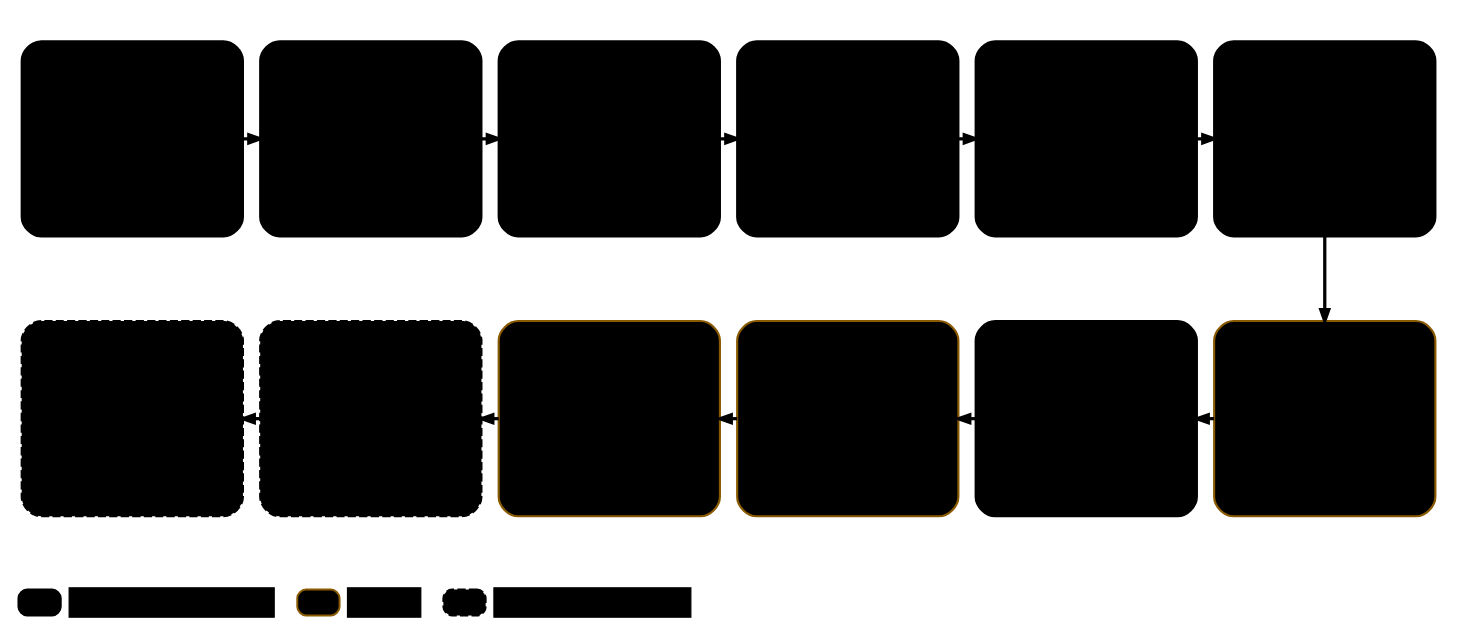
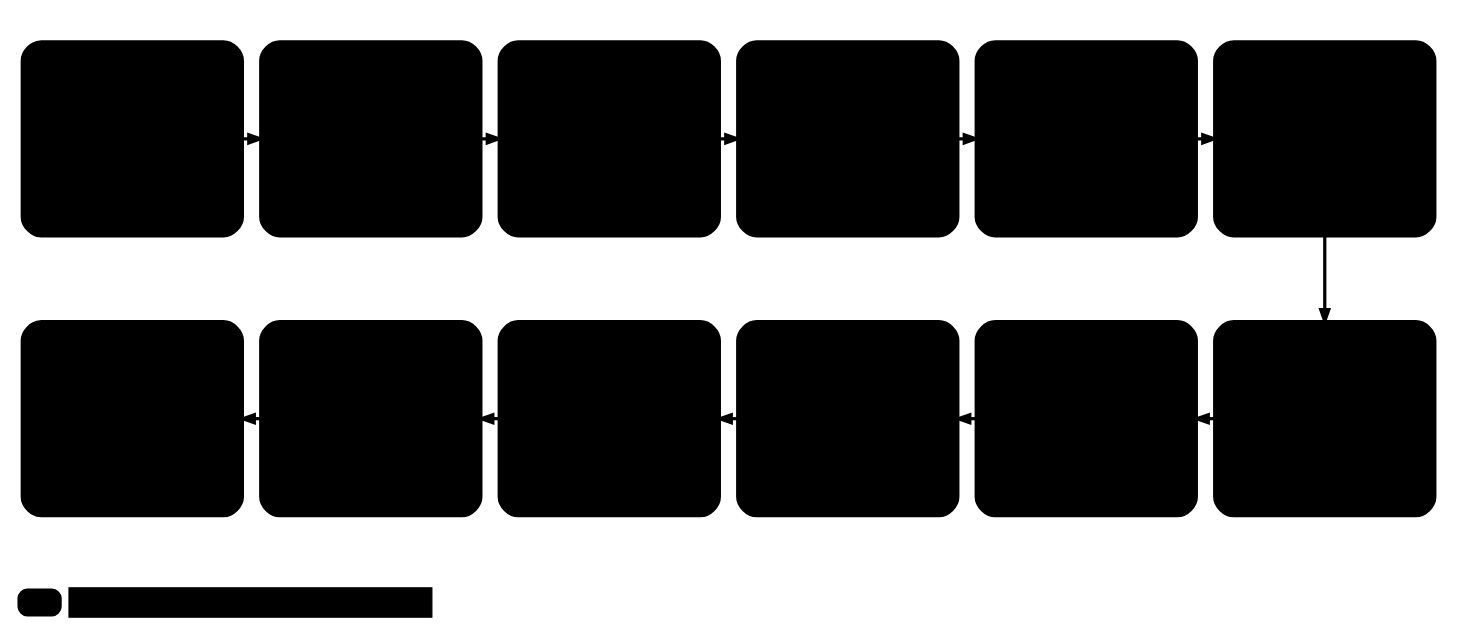
The diagram in docs/deliverables/src/decks/figures/holistic_value_chain.dot (IortaTexhNXT-DEV/FinVerse), drawn with Graphviz before and after one commit. The commit also changed 70 other files, not shown here.

```diff
--- a/docs/deliverables/src/decks/figures/holistic_value_chain.dot
+++ b/docs/deliverables/src/decks/figures/holistic_value_chain.dot
@@ -1,39 +1,35 @@
-// From client to claims: the stage, the BDOI owner and the BIBS module (status in brackets)
+// From client to claims: the stage, the BDOI owner and the To-Be of the BRDs
 // Generated by docs/deliverables/src/decks/build_process_deck.py from the YAML in
 // process_deck/; edit the YAML and rebuild. Colour tokens are replaced at render time.
 digraph holistic_value_chain {
   graph [layout=neato, inputscale=72, splines=line, overlap=true, outputorder=nodesfirst, bgcolor="white", pad=0.05, fontname="Arial"];
   node [fontname="Arial"];
   edge [fontname="Arial"];
   c0 [pos="0,0!", shape=point, width=0.01, style=invis];
   c1 [pos="873.0,372.0!", shape=point, width=0.01, style=invis];
-  v0 [pos="70.0,298.0!", shape=box, style="rounded,filled", fillcolor="@SUCCESS_BG", color="@SUCCESS", penwidth=1.3, width=1.889, height=1.667, fixedsize=true, margin="0.03,0.02", label=<<font point-size="13" color="@NEAR_BLACK"><b>1 Client</b></font><br/><font point-size="12" color="@MUTED">Marketing AO<br/>BIBS: Clients,<br/>Screening<br/>(Built / designed)</font>>];
-  v1 [pos="216.6,298.0!", shape=box, style="rounded,filled", fillcolor="@SUCCESS_BG", color="@SUCCESS", penwidth=1.3, width=1.889, height=1.667, fixedsize=true, margin="0.03,0.02", label=<<font point-size="13" color="@NEAR_BLACK"><b>2 Quotation</b></font><br/><font point-size="12" color="@MUTED">Marketing, TSU<br/>BIBS: Quotations,<br/>PRF, Products<br/>(Built)</font>>];
-  v2 [pos="363.2,298.0!", shape=box, style="rounded,filled", fillcolor="@SUCCESS_BG", color="@SUCCESS", penwidth=1.3, width=1.889, height=1.667, fixedsize=true, margin="0.03,0.02", label=<<font point-size="13" color="@NEAR_BLACK"><b>3 Placement</b></font><br/><font point-size="12" color="@MUTED">Processing<br/>BIBS: Placement<br/>(Built)</font>>];
-  v3 [pos="509.8,298.0!", shape=box, style="rounded,filled", fillcolor="@SUCCESS_BG", color="@SUCCESS", penwidth=1.3, width=1.889, height=1.667, fixedsize=true, margin="0.03,0.02", label=<<font point-size="13" color="@NEAR_BLACK"><b>4 Issuance</b></font><br/><font point-size="12" color="@MUTED">Processing, E-policy<br/>Sender<br/>BIBS: Issuance<br/>(Built)</font>>];
-  v4 [pos="656.4,298.0!", shape=box, style="rounded,filled", fillcolor="@SUCCESS_BG", color="@SUCCESS", penwidth=1.3, width=1.889, height=1.667, fixedsize=true, margin="0.03,0.02", label=<<font point-size="13" color="@NEAR_BLACK"><b>5 Booking</b></font><br/><font point-size="12" color="@MUTED">Processing,<br/>Comptrollership<br/>BIBS: Booking<br/>(Built)</font>>];
-  v5 [pos="803.0,298.0!", shape=box, style="rounded,filled", fillcolor="@SUCCESS_BG", color="@SUCCESS", penwidth=1.3, width=1.889, height=1.667, fixedsize=true, margin="0.03,0.02", label=<<font point-size="13" color="@NEAR_BLACK"><b>6 Cash</b></font><br/><font point-size="12" color="@MUTED">Cashiering<br/>BIBS: Cashiering<br/>(Built)</font>>];
-  v6 [pos="803.0,126.0!", shape=box, style="rounded,filled", fillcolor="@AMBER_BG", color="#8A5A00", penwidth=1.3, width=1.889, height=1.667, fixedsize=true, margin="0.03,0.02", label=<<font point-size="13" color="@NEAR_BLACK"><b>7 Remittance</b></font><br/><font point-size="12" color="@MUTED">Remittance,<br/>Disbursement<br/>BIBS: Remittance,<br/>Disbursement<br/>(Built / in build)</font>>];
-  v7 [pos="656.4,126.0!", shape=box, style="rounded,filled", fillcolor="@SUCCESS_BG", color="@SUCCESS", penwidth=1.3, width=1.889, height=1.667, fixedsize=true, margin="0.03,0.02", label=<<font point-size="13" color="@NEAR_BLACK"><b>8 Commission</b></font><br/><font point-size="12" color="@MUTED">Commission Receivable<br/>BIBS: Commission<br/>(Built)</font>>];
-  v8 [pos="509.8,126.0!", shape=box, style="rounded,filled", fillcolor="@AMBER_BG", color="#8A5A00", penwidth=1.3, width=1.889, height=1.667, fixedsize=true, margin="0.03,0.02", label=<<font point-size="13" color="@NEAR_BLACK"><b>9 Accounting</b></font><br/><font point-size="12" color="@MUTED">Comptrollership<br/>(FRBS, ACSL)<br/>BIBS: GL, ACSL, FRBS<br/>(In build)</font>>];
-  v9 [pos="363.2,126.0!", shape=box, style="rounded,filled", fillcolor="@AMBER_BG", color="#8A5A00", penwidth=1.3, width=1.889, height=1.667, fixedsize=true, margin="0.03,0.02", label=<<font point-size="13" color="@NEAR_BLACK"><b>10 Collections</b></font><br/><font point-size="12" color="@MUTED">Collection Handlers<br/>BIBS: Collections<br/>(In build)</font>>];
-  v10 [pos="216.6,126.0!", shape=box, style="rounded,filled,dashed", fillcolor="@BG_BLUE", color="@HEADER_BLUE", penwidth=1.3, width=1.889, height=1.667, fixedsize=true, margin="0.03,0.02", label=<<font point-size="13" color="@NEAR_BLACK"><b>11 Renewal</b></font><br/><font point-size="12" color="@MUTED">Marketing, Processing<br/>BIBS: Renewal,<br/>Submitted Policies<br/>(Designed)</font>>];
-  v11 [pos="70.0,126.0!", shape=box, style="rounded,filled,dashed", fillcolor="@BG_BLUE", color="@HEADER_BLUE", penwidth=1.3, width=1.889, height=1.667, fixedsize=true, margin="0.03,0.02", label=<<font point-size="13" color="@NEAR_BLACK"><b>12 Claims</b></font><br/><font point-size="12" color="@MUTED">Claims unit<br/>BIBS: Claims Handling<br/>(Designed)</font>>];
-  r1 [pos="13.0,13.0!", shape=box, style="rounded,filled", fillcolor="@SUCCESS_BG", color="@SUCCESS", penwidth=1.2, width=0.361, height=0.222, fixedsize=true, margin="0.03,0.02", label=""];
-  r2 [pos="94.2,13.0!", shape=box, style="filled", fillcolor="@WHITE", color="@WHITE", penwidth=0.8, width=1.756, height=0.250, fixedsize=true, margin="0.03,0.02", label=<<font point-size="10.5" color="@TEXT">Built (at least in part)</font>>];
-  r3 [pos="184.4,13.0!", shape=box, style="rounded,filled", fillcolor="@AMBER_BG", color="#8A5A00", penwidth=1.2, width=0.361, height=0.222, fixedsize=true, margin="0.03,0.02", label=""];
-  r4 [pos="224.8,13.0!", shape=box, style="filled", fillcolor="@WHITE", color="@WHITE", penwidth=0.8, width=0.622, height=0.250, fixedsize=true, margin="0.03,0.02", label=<<font point-size="10.5" color="@TEXT">In build</font>>];
-  r5 [pos="274.2,13.0!", shape=box, style="rounded,filled,dashed", fillcolor="@BG_BLUE", color="@HEADER_BLUE", penwidth=1.2, width=0.361, height=0.222, fixedsize=true, margin="0.03,0.02", label=""];
-  r6 [pos="352.8,13.0!", shape=box, style="filled", fillcolor="@WHITE", color="@WHITE", penwidth=0.8, width=1.685, height=0.250, fixedsize=true, margin="0.03,0.02", label=<<font point-size="10.5" color="@TEXT">Designed, not yet built</font>>];
+  v0 [pos="70.0,298.0!", shape=box, style="rounded,filled", fillcolor="@BG_BLUE", color="@HEADER_BLUE", penwidth=1.3, width=1.889, height=1.667, fixedsize=true, margin="0.03,0.02", label=<<font point-size="12.5" color="@NEAR_BLACK">1 Client</font><br/><font point-size="11.5" color="@MUTED">Marketing AO<br/>To-Be: one client,<br/>KYC, screening</font>>];
+  v1 [pos="216.6,298.0!", shape=box, style="rounded,filled", fillcolor="@BG_BLUE", color="@HEADER_BLUE", penwidth=1.3, width=1.889, height=1.667, fixedsize=true, margin="0.03,0.02", label=<<font point-size="12.5" color="@NEAR_BLACK">2 Quotation</font><br/><font point-size="11.5" color="@MUTED">Marketing, TSU<br/>To-Be: rated,<br/>versioned, approved</font>>];
+  v2 [pos="363.2,298.0!", shape=box, style="rounded,filled", fillcolor="@BG_BLUE", color="@HEADER_BLUE", penwidth=1.3, width=1.889, height=1.667, fixedsize=true, margin="0.03,0.02", label=<<font point-size="12.5" color="@NEAR_BLACK">3 Placement</font><br/><font point-size="11.5" color="@MUTED">Processing<br/>To-Be: slip with send<br/>log</font>>];
+  v3 [pos="509.8,298.0!", shape=box, style="rounded,filled", fillcolor="@BG_BLUE", color="@HEADER_BLUE", penwidth=1.3, width=1.889, height=1.667, fixedsize=true, margin="0.03,0.02", label=<<font point-size="12.5" color="@NEAR_BLACK">4 Issuance</font><br/><font point-size="11.5" color="@MUTED">Processing, COG<br/>To-Be: e-policy<br/>matched, sent once</font>>];
+  v4 [pos="656.4,298.0!", shape=box, style="rounded,filled", fillcolor="@BG_BLUE", color="@HEADER_BLUE", penwidth=1.3, width=1.889, height=1.667, fixedsize=true, margin="0.03,0.02", label=<<font point-size="12.5" color="@NEAR_BLACK">5 Booking</font><br/><font point-size="11.5" color="@MUTED">Processing, FRBS<br/>To-Be: invoice, GL<br/>entry in one step</font>>];
+  v5 [pos="803.0,298.0!", shape=box, style="rounded,filled", fillcolor="@BG_BLUE", color="@HEADER_BLUE", penwidth=1.3, width=1.889, height=1.667, fixedsize=true, margin="0.03,0.02", label=<<font point-size="12.5" color="@NEAR_BLACK">6 Cash</font><br/><font point-size="11.5" color="@MUTED">Cashiering<br/>To-Be: matched,<br/>receipts generated</font>>];
+  v6 [pos="803.0,126.0!", shape=box, style="rounded,filled", fillcolor="@BG_BLUE", color="@HEADER_BLUE", penwidth=1.3, width=1.889, height=1.667, fixedsize=true, margin="0.03,0.02", label=<<font point-size="12.5" color="@NEAR_BLACK">7 Remittance</font><br/><font point-size="11.5" color="@MUTED">Remittance,<br/>Disbursement<br/>To-Be: scheduled<br/>batches, e-approval</font>>];
+  v7 [pos="656.4,126.0!", shape=box, style="rounded,filled", fillcolor="@BG_BLUE", color="@HEADER_BLUE", penwidth=1.3, width=1.889, height=1.667, fixedsize=true, margin="0.03,0.02", label=<<font point-size="12.5" color="@NEAR_BLACK">8 Commission</font><br/><font point-size="11.5" color="@MUTED">CRU, Operations<br/>To-Be: DP billing<br/>tracked</font>>];
+  v8 [pos="509.8,126.0!", shape=box, style="rounded,filled", fillcolor="@BG_BLUE", color="@HEADER_BLUE", penwidth=1.3, width=1.889, height=1.667, fixedsize=true, margin="0.03,0.02", label=<<font point-size="12.5" color="@NEAR_BLACK">9 Accounting</font><br/><font point-size="11.5" color="@MUTED">FRBS, ACSL<br/>To-Be: entries at<br/>source, close by job</font>>];
+  v9 [pos="363.2,126.0!", shape=box, style="rounded,filled", fillcolor="@BG_BLUE", color="@HEADER_BLUE", penwidth=1.3, width=1.889, height=1.667, fixedsize=true, margin="0.03,0.02", label=<<font point-size="12.5" color="@NEAR_BLACK">10 Collections</font><br/><font point-size="11.5" color="@MUTED">Collection Handlers<br/>To-Be: one worklist,<br/>rules</font>>];
+  v10 [pos="216.6,126.0!", shape=box, style="rounded,filled", fillcolor="@BG_BLUE", color="@HEADER_BLUE", penwidth=1.3, width=1.889, height=1.667, fixedsize=true, margin="0.03,0.02", label=<<font point-size="12.5" color="@NEAR_BLACK">11 Renewal</font><br/><font point-size="11.5" color="@MUTED">Marketing, Processing<br/>To-Be: decision<br/>matrix, RA in batch</font>>];
+  v11 [pos="70.0,126.0!", shape=box, style="rounded,filled", fillcolor="@BG_BLUE", color="@HEADER_BLUE", penwidth=1.3, width=1.889, height=1.667, fixedsize=true, margin="0.03,0.02", label=<<font point-size="12.5" color="@NEAR_BLACK">12 Claims</font><br/><font point-size="11.5" color="@MUTED">Claims<br/>To-Be: claim on the<br/>cover, ageing</font>>];
+  zz_r1 [pos="13.0,13.0!", shape=box, style="rounded,filled", fillcolor="@BG_BLUE", color="@HEADER_BLUE", penwidth=1.2, width=0.361, height=0.222, fixedsize=true, margin="0.03,0.02", label=""];
+  zz_r2 [pos="142.6,13.0!", shape=box, style="filled", fillcolor="@WHITE", color="@WHITE", penwidth=0.8, width=3.101, height=0.250, fixedsize=true, margin="0.03,0.02", label=<<font point-size="10.5" color="@TEXT">Stage: BDOI owner and the To-Be of the BRDs</font>>];
   v0 -> v1 [color="@HEADER_BLUE", style=solid, penwidth=2.0, arrowsize=0.7, tailport=e, headport=w];
   v1 -> v2 [color="@HEADER_BLUE", style=solid, penwidth=2.0, arrowsize=0.7, tailport=e, headport=w];
   v2 -> v3 [color="@HEADER_BLUE", style=solid, penwidth=2.0, arrowsize=0.7, tailport=e, headport=w];
   v3 -> v4 [color="@HEADER_BLUE", style=solid, penwidth=2.0, arrowsize=0.7, tailport=e, headport=w];
   v4 -> v5 [color="@HEADER_BLUE", style=solid, penwidth=2.0, arrowsize=0.7, tailport=e, headport=w];
   v5 -> v6 [color="@HEADER_BLUE", style=solid, penwidth=2.0, arrowsize=0.7, tailport=s, headport=n];
   v6 -> v7 [color="@HEADER_BLUE", style=solid, penwidth=2.0, arrowsize=0.7, tailport=w, headport=e];
   v7 -> v8 [color="@HEADER_BLUE", style=solid, penwidth=2.0, arrowsize=0.7, tailport=w, headport=e];
   v8 -> v9 [color="@HEADER_BLUE", style=solid, penwidth=2.0, arrowsize=0.7, tailport=w, headport=e];
   v9 -> v10 [color="@HEADER_BLUE", style=solid, penwidth=2.0, arrowsize=0.7, tailport=w, headport=e];
   v10 -> v11 [color="@HEADER_BLUE", style=solid, penwidth=2.0, arrowsize=0.7, tailport=w, headport=e];
 }
```
